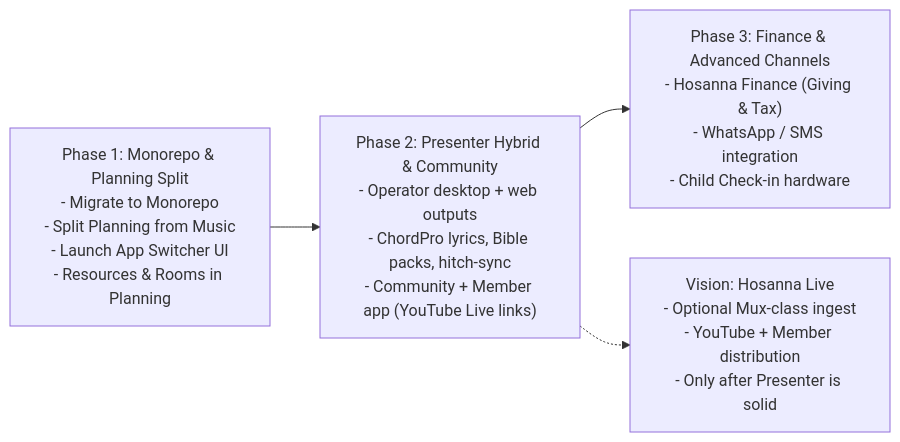
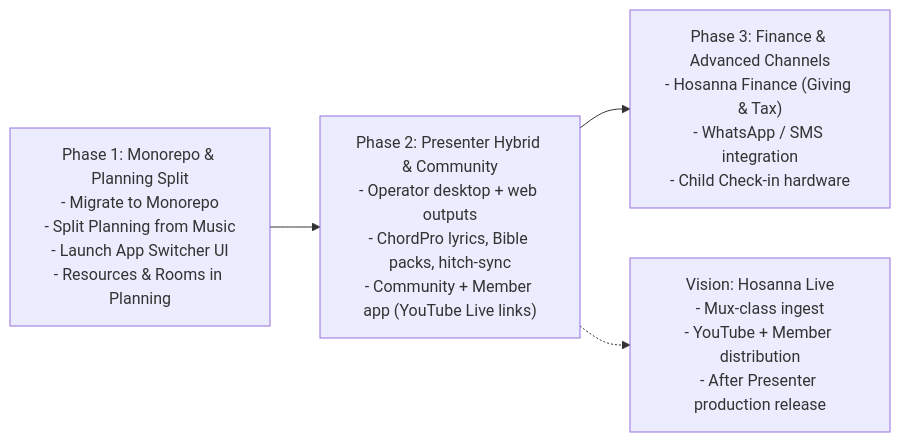
The sixth of 6 diagrams in docs/FUTURE_DIRECTION.md (Apoll011/hosanna-suite), drawn with Mermaid before and after one commit. The commit also changed other lines of this file, not shown here.

Commit message:
feat: enhance Hosanna Presenter description and clarify architecture details for hybrid operation

````diff
--- a/docs/FUTURE_DIRECTION.md
+++ b/docs/FUTURE_DIRECTION.md
@@ -353,10 +353,10 @@
 ```mermaid
 flowchart LR
     Phase1["Phase 1: Monorepo & Planning Split\n- Migrate to Monorepo\n- Split Planning from Music\n- Launch App Switcher UI\n- Resources & Rooms in Planning"]
     Phase2["Phase 2: Presenter Hybrid & Community\n- Operator desktop + web outputs\n- ChordPro lyrics, Bible packs, hitch-sync\n- Community + Member app (YouTube Live links)"]
     Phase3["Phase 3: Finance & Advanced Channels\n- Hosanna Finance (Giving & Tax)\n- WhatsApp / SMS integration\n- Child Check-in hardware"]
-    PhaseX["Vision: Hosanna Live\n- Optional Mux-class ingest\n- YouTube + Member distribution\n- Only after Presenter is solid"]
+    PhaseX["Vision: Hosanna Live\n- Mux-class ingest\n- YouTube + Member distribution\n- After Presenter production release"]
 
     Phase1 --> Phase2 --> Phase3
     Phase2 -.-> PhaseX
 ```
````
